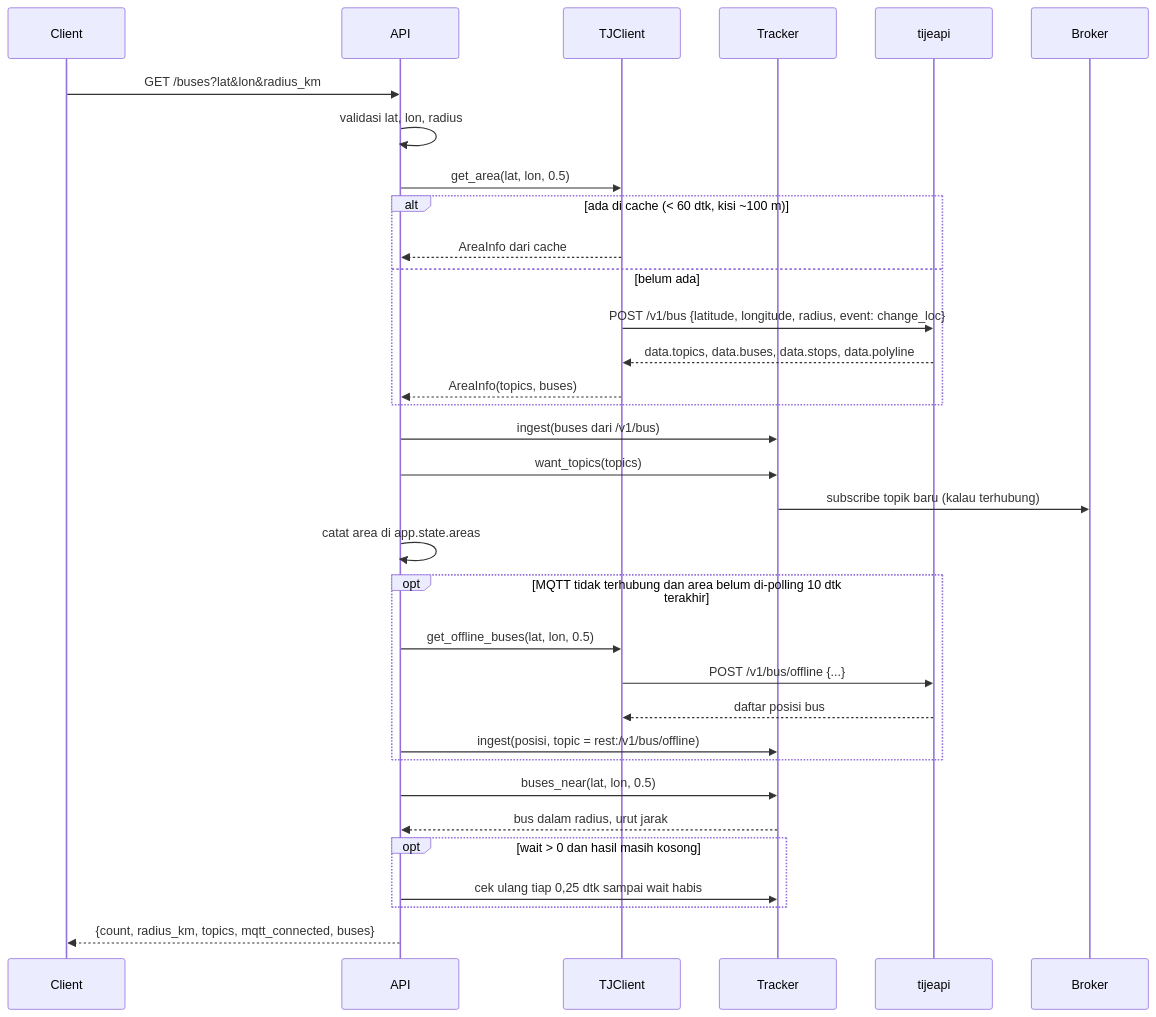
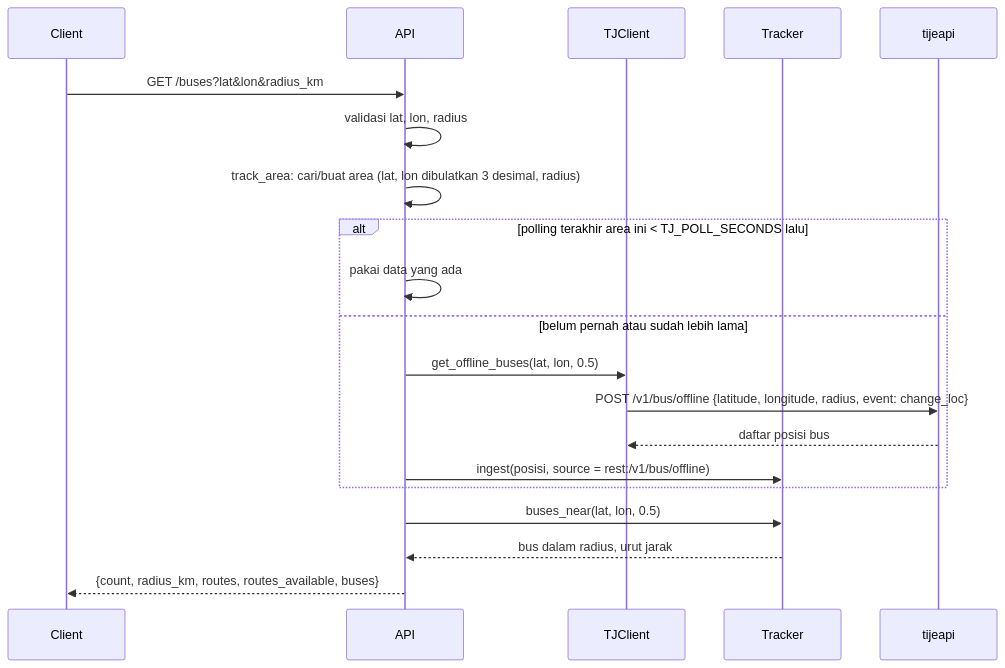
One commit to animemoeus/tije-api changed the second of 6 diagrams in docs/backend/05-alur-end-to-end.md. Above: the diagram before and after it, drawn with Mermaid. The commit also changed other lines of this file and 18 other files, not shown here.

````diff
--- a/docs/backend/05-alur-end-to-end.md
+++ b/docs/backend/05-alur-end-to-end.md
@@ -105,36 +35,23 @@
 ```mermaid
 sequenceDiagram
     participant C as Client
     participant API
     participant TJ as TJClient
     participant TR as Tracker
     participant T as tijeapi
-    participant B as Broker
 
     C->>API: GET /buses?lat&lon&radius_km
     API->>API: validasi lat, lon, radius
-    API->>TJ: get_area(lat, lon, 0.5)
-    alt ada di cache (< 60 dtk, kisi ~100 m)
-        TJ-->>API: AreaInfo dari cache
-    else belum ada
-        TJ->>T: POST /v1/bus {latitude, longitude, radius, event: change_loc}
-        T-->>TJ: data.topics, data.buses, data.stops, data.polyline
-        TJ-->>API: AreaInfo(topics, buses)
-    end
-    API->>TR: ingest(buses dari /v1/bus)
-    API->>TR: want_topics(topics)
-    TR->>B: subscribe topik baru (kalau terhubung)
-    API->>API: catat area di app.state.areas
-    opt MQTT tidak terhubung dan area belum di-polling 10 dtk terakhir
+    API->>API: track_area: cari/buat area (lat, lon dibulatkan 3 desimal, radius)
+    alt polling terakhir area ini < TJ_POLL_SECONDS lalu
+        API->>API: pakai data yang ada
+    else belum pernah atau sudah lebih lama
         API->>TJ: get_offline_buses(lat, lon, 0.5)
-        TJ->>T: POST /v1/bus/offline {...}
+        TJ->>T: POST /v1/bus/offline {latitude, longitude, radius, event: change_loc}
         T-->>TJ: daftar posisi bus
-        API->>TR: ingest(posisi, topic = rest:/v1/bus/offline)
+        API->>TR: ingest(posisi, source = rest:/v1/bus/offline)
     end
     API->>TR: buses_near(lat, lon, 0.5)
     TR-->>API: bus dalam radius, urut jarak
-    opt wait > 0 dan hasil masih kosong
-        API->>TR: cek ulang tiap 0,25 dtk sampai wait habis
-    end
-    API-->>C: {count, radius_km, topics, mqtt_connected, buses}
+    API-->>C: {count, radius_km, routes, routes_available, buses}
 ```
````
